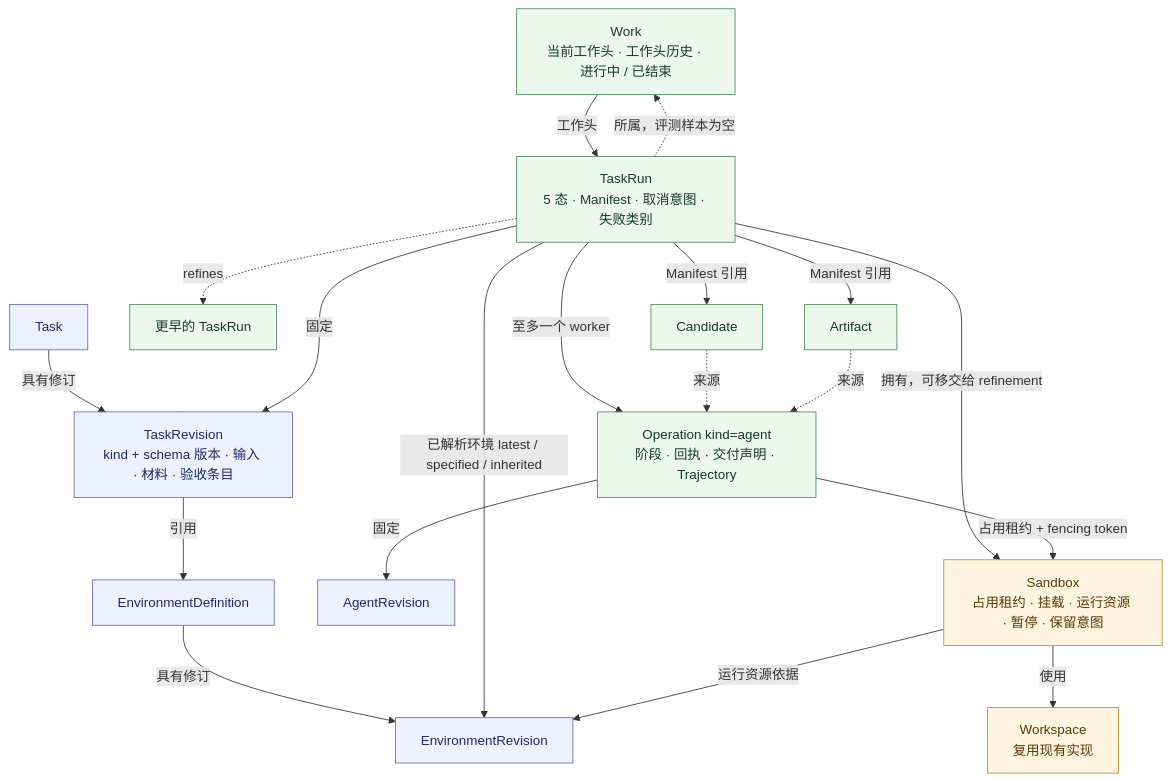
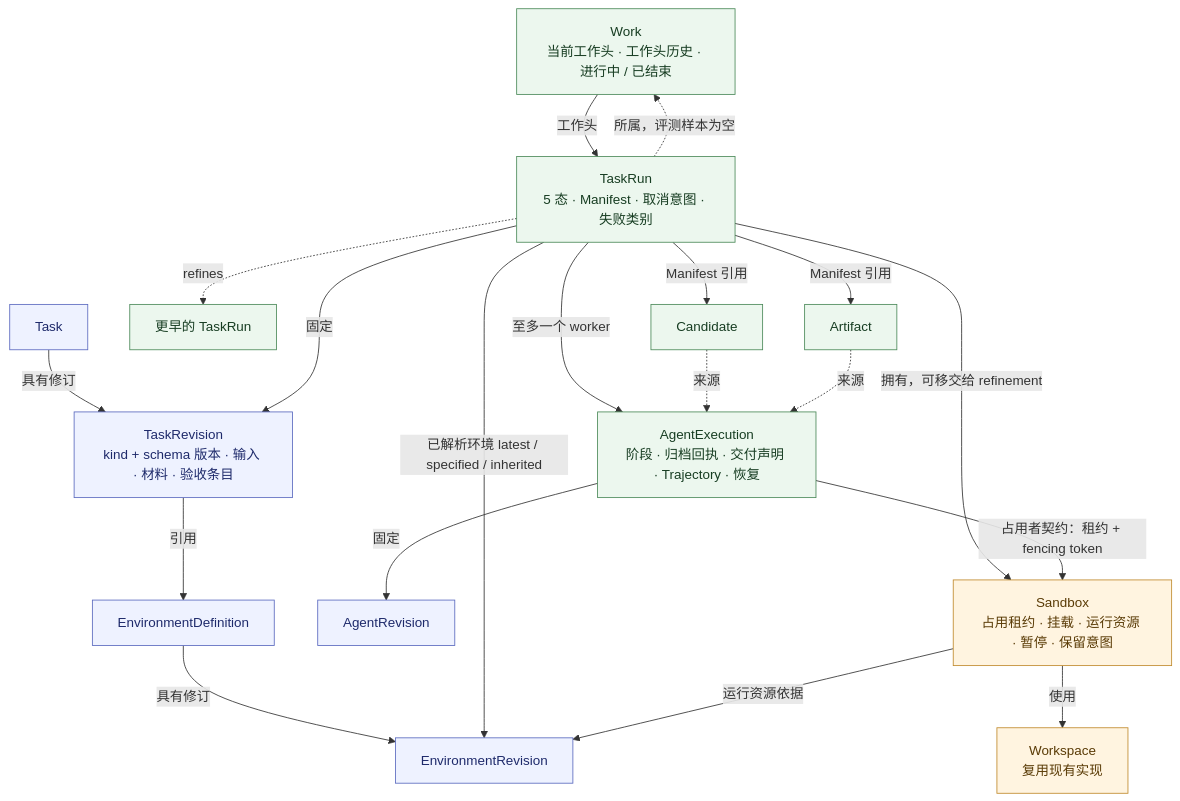
One commit to MaybeLL/Ground changed the diagram in docs/assets/model-domain-run.mmd. Above: the diagram before and after it, drawn with Mermaid. The commit also changed 15 other files, not shown here.

```diff
--- a/docs/assets/model-domain-run.mmd
+++ b/docs/assets/model-domain-run.mmd
@@ -1,25 +1,25 @@
 flowchart TB
   T[Task] -->|具有修订| TR[TaskRevision<br/>kind + schema 版本 · 输入 · 材料 · 验收条目]
   TR -->|引用| ED[EnvironmentDefinition]
   ED -->|具有修订| ENR[EnvironmentRevision]
   W[Work<br/>当前工作头 · 工作头历史 · 进行中 / 已结束] -->|工作头| RN
   RN[TaskRun<br/>5 态 · Manifest · 取消意图 · 失败类别] -->|固定| TR
   RN -.->|所属，评测样本为空| W
   RN -.->|refines| RN0[更早的 TaskRun]
   RN -->|已解析环境 latest / specified / inherited| ENR
-  RN -->|至多一个 worker| OP[Operation kind=agent<br/>阶段 · 回执 · 交付声明 · Trajectory]
+  RN -->|至多一个 worker| OP[AgentExecution<br/>阶段 · 归档回执 · 交付声明 · Trajectory · 恢复]
   OP -->|固定| AR[AgentRevision]
   RN -->|拥有，可移交给 refinement| SBX[Sandbox<br/>占用租约 · 挂载 · 运行资源 · 暂停 · 保留意图]
-  OP -->|占用租约 + fencing token| SBX
+  OP -->|占用者契约：租约 + fencing token| SBX
   SBX -->|使用| WS[Workspace<br/>复用现有实现]
   SBX -->|运行资源依据| ENR
   RN -->|Manifest 引用| C[Candidate]
   RN -->|Manifest 引用| A[Artifact]
   C -.->|来源| OP
   A -.->|来源| OP
   classDef def fill:#eef2ff,stroke:#5b6abf,color:#1e2a6b;
   classDef fact fill:#ecf7ee,stroke:#4c8a5a,color:#173d22;
   classDef res fill:#fff4e0,stroke:#c08a2d,color:#5a3b06;
   class T,TR,ED,ENR,AR def;
   class W,RN,RN0,OP,C,A fact;
   class SBX,WS res;
```
